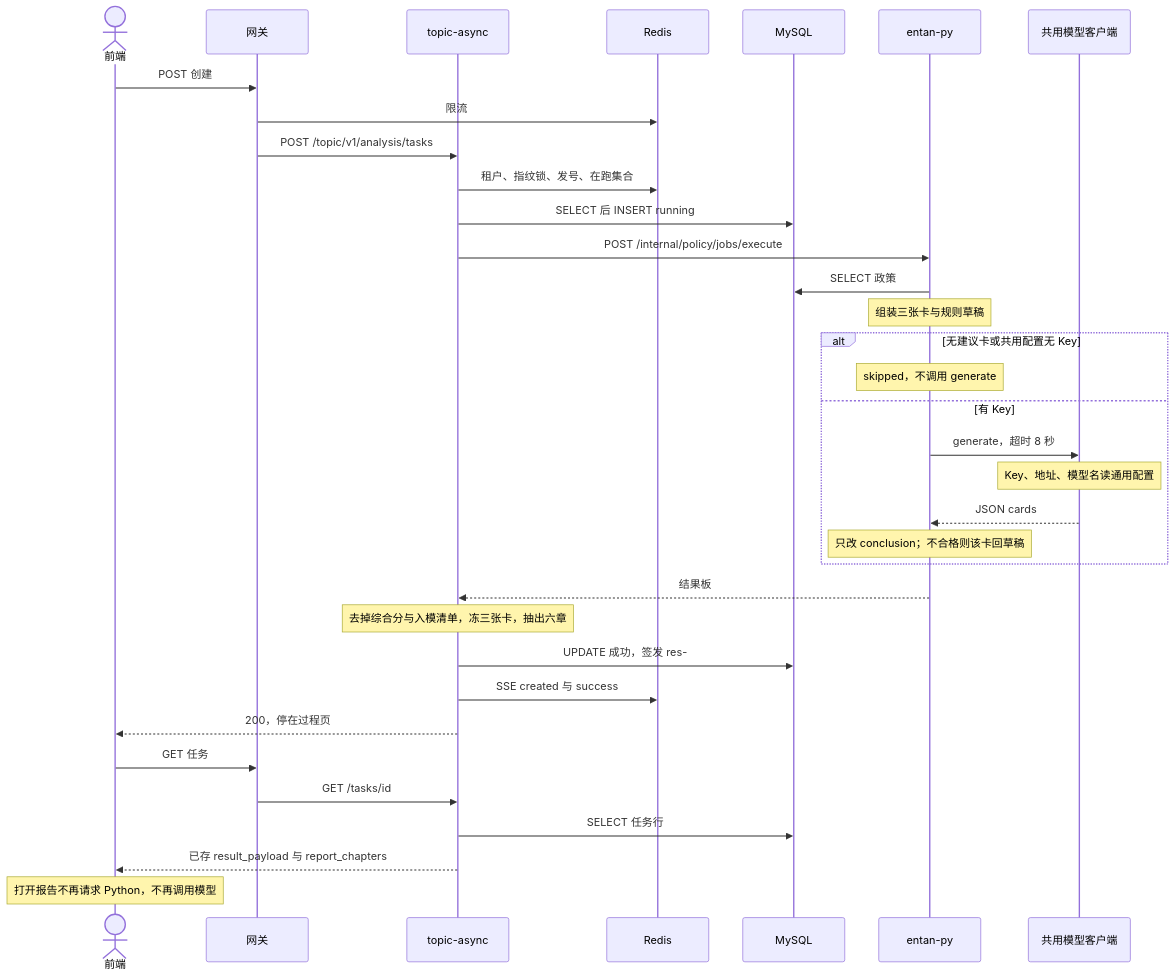
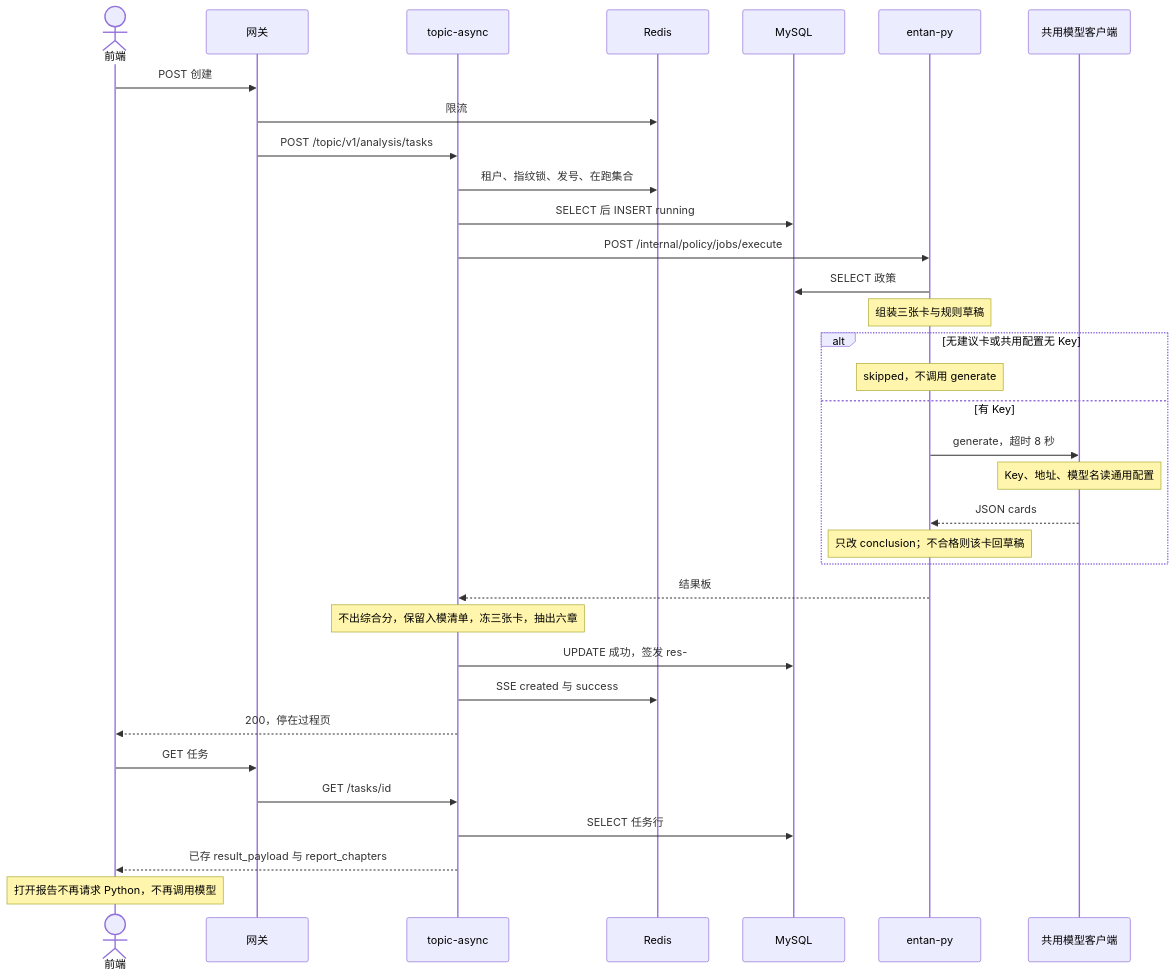
The second of 3 diagrams in agent-delivery/agent-handoffs/产品整体定义/科技专题服务系统-完整详细设计/05.6.2-深圳政策现状分析.md (Marisolebxf/-), drawn with Mermaid before and after one commit. The commit also changed other lines of this file and 7 other files, not shown here.

````diff
--- a/agent-delivery/agent-handoffs/产品整体定义/科技专题服务系统-完整详细设计/05.6.2-深圳政策现状分析.md
+++ b/agent-delivery/agent-handoffs/产品整体定义/科技专题服务系统-完整详细设计/05.6.2-深圳政策现状分析.md
@@ -72,38 +84,38 @@
 ```mermaid
 sequenceDiagram
   actor FE as 前端
   participant GW as 网关
   participant JA as topic-async
   participant RD as Redis
   participant DB as MySQL
   participant PY as entan-py
   participant LLM as 共用模型客户端
 
   FE->>GW: POST 创建
   GW->>RD: 限流
   GW->>JA: POST /topic/v1/analysis/tasks
   JA->>RD: 租户、指纹锁、发号、在跑集合
   JA->>DB: SELECT 后 INSERT running
   JA->>PY: POST /internal/policy/jobs/execute
   PY->>DB: SELECT 政策
   Note over PY: 组装三张卡与规则草稿
   alt 无建议卡或共用配置无 Key
     Note over PY: skipped，不调用 generate
   else 有 Key
     PY->>LLM: generate，超时 8 秒
     Note over LLM: Key、地址、模型名读通用配置
     LLM-->>PY: JSON cards
     Note over PY: 只改 conclusion；不合格则该卡回草稿
   end
   PY-->>JA: 结果板
-  Note over JA: 去掉综合分与入模清单，冻三张卡，抽出六章
+  Note over JA: 不出综合分，保留入模清单，冻三张卡，抽出六章
   JA->>DB: UPDATE 成功，签发 res-
   JA->>RD: SSE created 与 success
   JA-->>FE: 200，停在过程页
 
   FE->>GW: GET 任务
   GW->>JA: GET /tasks/id
   JA->>DB: SELECT 任务行
   JA-->>FE: 已存 result_payload 与 report_chapters
   Note over FE: 打开报告不再请求 Python，不再调用模型
 ```
````
